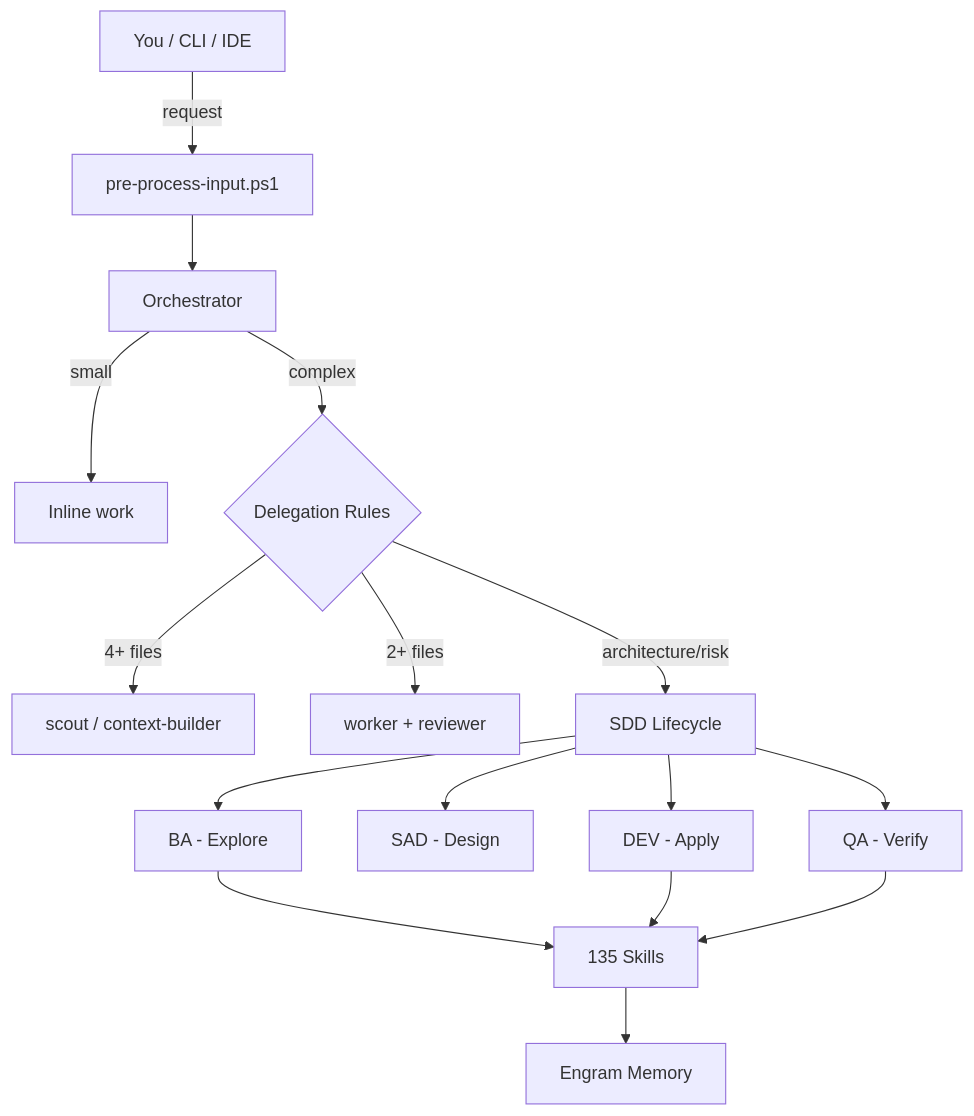
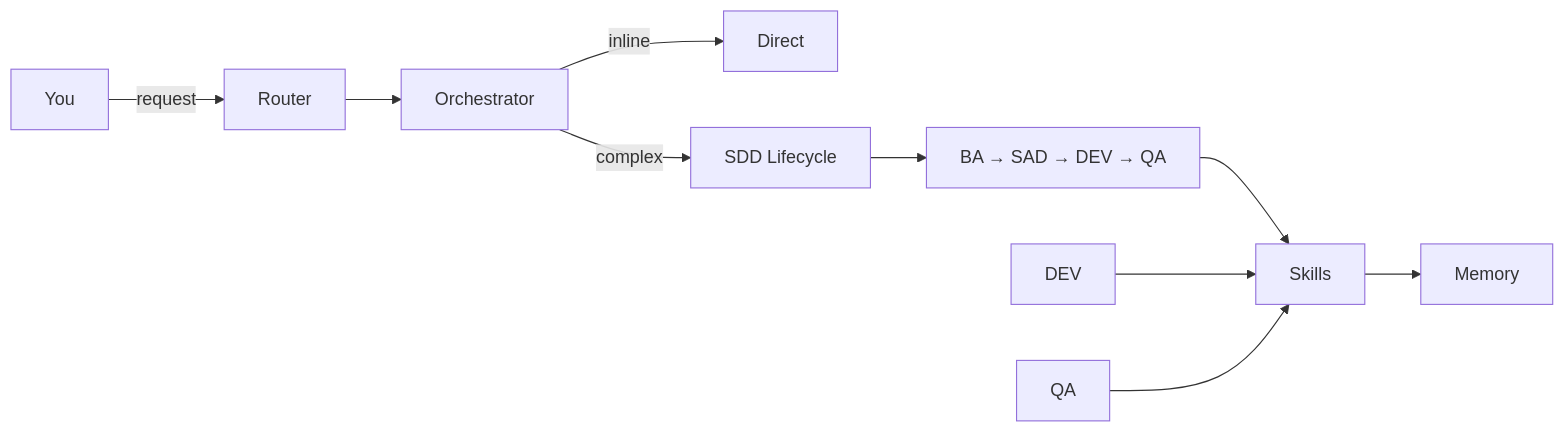
Before and after one commit to EmmanuelOrtiz87/gentle-vanguard: the diagram in README-PUBLIC.md, drawn with Mermaid. The commit also changed other lines of this file and 2 other files, not shown here.

````diff
--- a/README-PUBLIC.md
+++ b/README-PUBLIC.md
@@ -57,23 +57,12 @@
 ```mermaid
-flowchart TB
-    YOU[You / CLI / IDE]
-    YOU -->|request| PP[pre-process-input.ps1]
+flowchart LR
+    YOU[You] -->|request| PP[Router]
     PP --> ORC[Orchestrator]
-
-    ORC -->|small| INLINE[Inline work]
-    ORC -->|complex| DELEGATE{Delegation Rules}
-    DELEGATE -->|4+ files| SCOUT[scout / context-builder]
-    DELEGATE -->|2+ files| WORKER[worker + reviewer]
-    DELEGATE -->|architecture/risk| SDD[SDD Lifecycle]
-
-    SDD --> BA[BA - Explore]
-    SDD --> SAD[SAD - Design]
-    SDD --> DEV[DEV - Apply]
-    SDD --> QA[QA - Verify]
-
-    BA --> SKILLS[135 Skills]
+    ORC -->|inline| INLINE[Direct]
+    ORC -->|complex| SDD[SDD Lifecycle]
+    SDD --> BA[BA → SAD → DEV → QA]
+    BA --> SKILLS[Skills]
     DEV --> SKILLS
     QA --> SKILLS
-
-    SKILLS --> MEM[Engram Memory]
+    SKILLS --> MEM[Memory]
 ```
````
